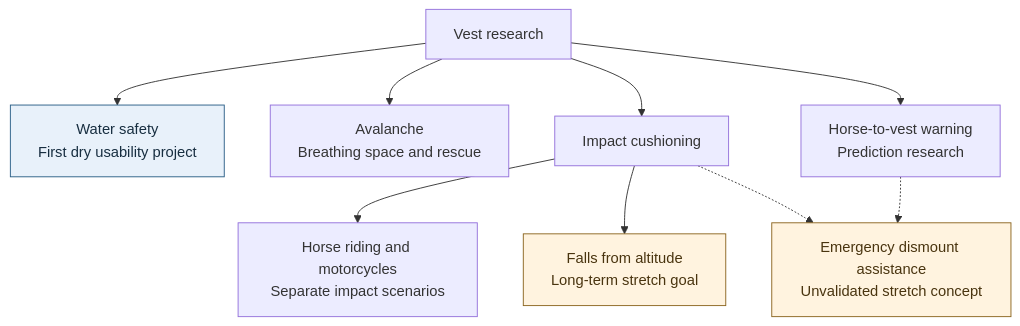
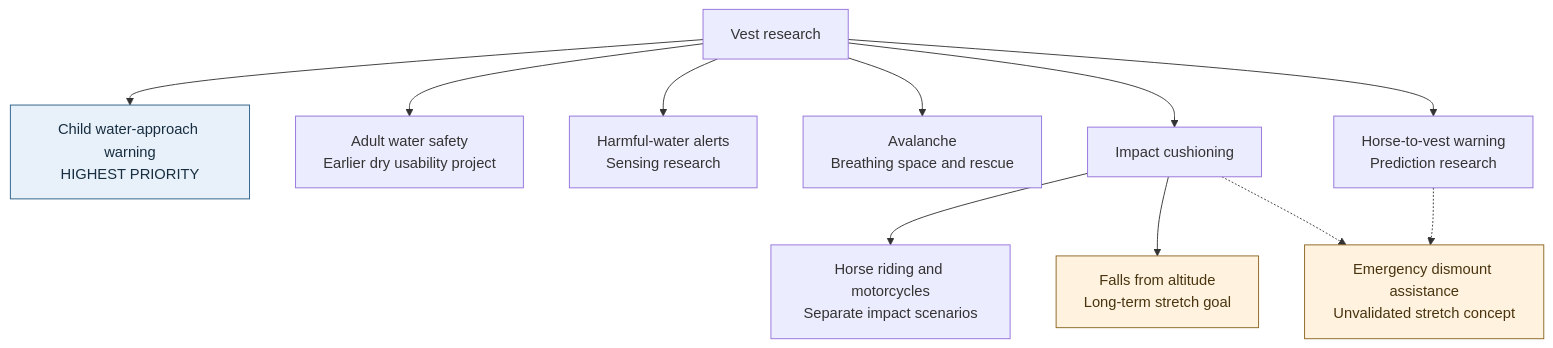
One commit to eamusai/vest changed the first of 2 diagrams in docs/overview.md. Above: the diagram before and after it, drawn with Mermaid. The commit also changed other lines of this file and 16 other files, not shown here.

Commit message:
Prioritize child water warnings and add water-quality research

````diff
--- a/docs/overview.md
+++ b/docs/overview.md
@@ -9,16 +9,18 @@
 ```mermaid
 flowchart TD
     V["Vest research"]
-    V --> W["Water safety<br/>First dry usability project"]
+    V --> C["Child water-approach warning<br/>HIGHEST PRIORITY"]
+    V --> W["Adult water safety<br/>Earlier dry usability project"]
+    V --> T["Harmful-water alerts<br/>Sensing research"]
     V --> A["Avalanche<br/>Breathing space and rescue"]
     V --> I["Impact cushioning"]
     V --> H["Horse-to-vest warning<br/>Prediction research"]
     I --> R["Horse riding and motorcycles<br/>Separate impact scenarios"]
     I --> F["Falls from altitude<br/>Long-term stretch goal"]
     H -.-> D["Emergency dismount assistance<br/>Unvalidated stretch concept"]
     I -.-> D
     classDef current fill:#e8f1fa,stroke:#285d85,color:#172e40;
     classDef stretch fill:#fff3df,stroke:#8a641e,color:#49340f;
-    class W current;
+    class C current;
     class F,D stretch;
 ```
````
